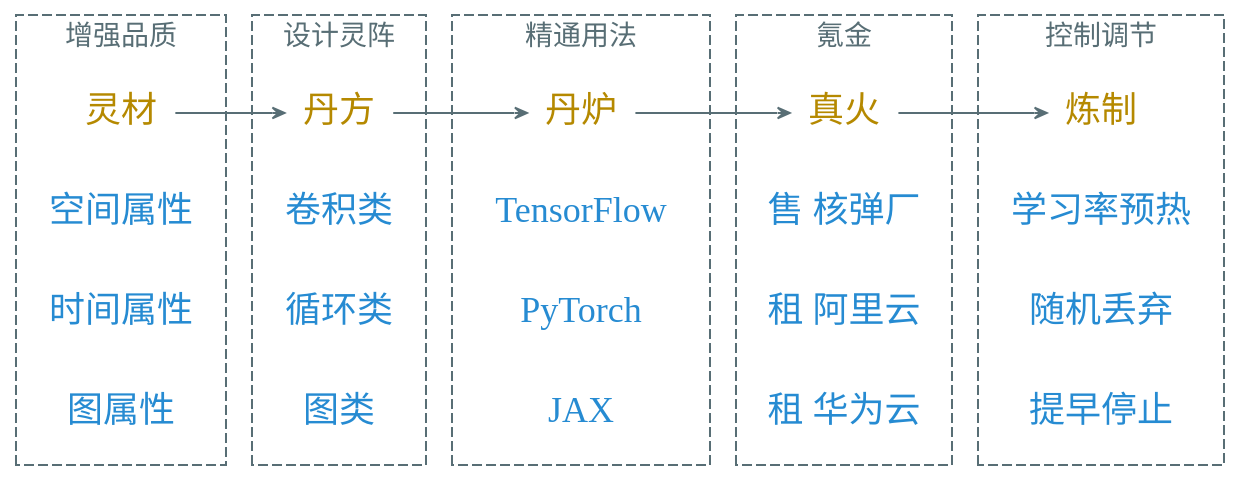
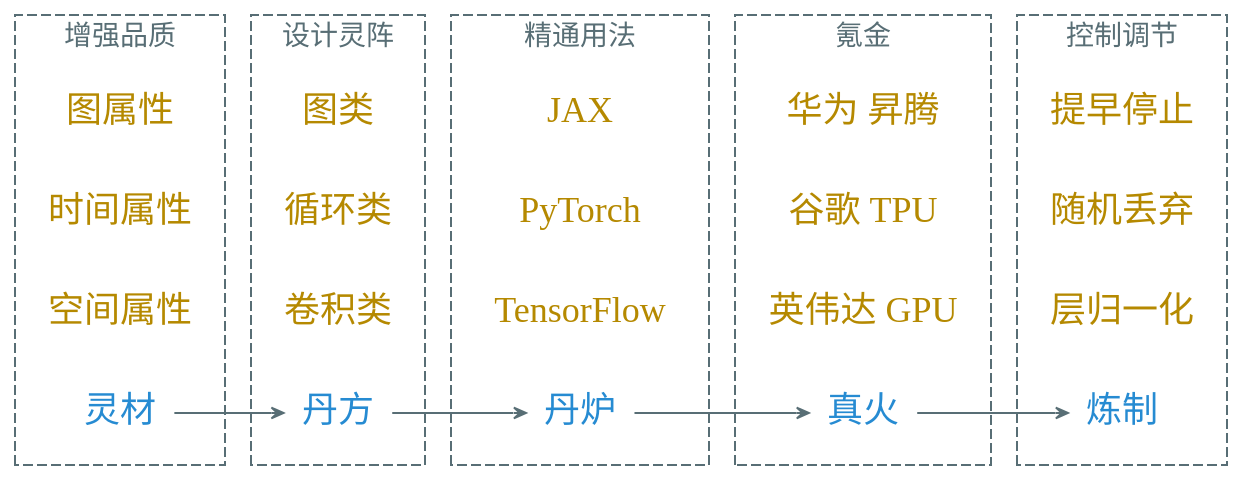
One commit to Avanti1980/course-ml changed the diagram in dot/alchemy.dot. Above: the diagram before and after it, drawn with Graphviz. The commit also changed 4 other files, not shown here.

```diff
--- a/dot/alchemy.dot
+++ b/dot/alchemy.dot
@@ -1,79 +1,79 @@
 digraph g {
     bgcolor=transparent
     graph [nodesep=0.2, ranksep=0.4]
     rankdir=LR
     node [shape=plaintext, color="#586e75", fontname="Ysabeau, LXGWSong", fontcolor="#b58900", fontsize=18]
     edge [arrowhead=vee, color="#586e75", fontname="Ysabeau, LXGWSong", fontcolor="#268bd2", fontsize=14, arrowsize=0.6]
 
     subgraph cluster_1 {
         color="#586e75"
         fontcolor="#586e75"
         style="dashed"
         fontname="Ysabeau, LXGWSong"
         label="增强品质"
 
-        灵材
+        图属性 时间属性 空间属性
 
         node [fontcolor="#268bd2"]
 
-        空间属性 时间属性 图属性
+        灵材
     }
 
     subgraph cluster_2 {
         color="#586e75"
         fontcolor="#586e75"
         style="dashed"
         fontname="Ysabeau, LXGWSong"
         label="设计灵阵"
 
-        丹方
+        图类 循环类 卷积类
 
         node [fontcolor="#268bd2"]
 
-        卷积类 循环类 图类
+        丹方
     }
 
     subgraph cluster_3 {
         color="#586e75"
         fontcolor="#586e75"
         style="dashed"
         fontname="Ysabeau, LXGWSong"
         label="精通用法"
 
-        丹炉
+        JAX PyTorch TensorFlow
 
         node [fontcolor="#268bd2"]
 
-        TensorFlow PyTorch JAX
+        丹炉
     }
 
     subgraph cluster_4 {
         color="#586e75"
         fontcolor="#586e75"
         style="dashed"
         fontname="Ysabeau, LXGWSong"
         label="氪金"
 
-        真火
+        "华为 昇腾" "谷歌 TPU" "英伟达 GPU"
 
         node [fontcolor="#268bd2"]
 
-        "售 核弹厂" "租 阿里云" "租 华为云"
+        真火
     }
 
     subgraph cluster_5 {
         color="#586e75"
         fontcolor="#586e75"
         style="dashed"
         fontname="Ysabeau, LXGWSong"
         label="控制调节"
 
-        炼制
+        提早停止 随机丢弃 层归一化
 
         node [fontcolor="#268bd2"]
 
-        学习率预热 随机丢弃 提早停止
+        炼制
     }
 
     灵材 -> 丹方 -> 丹炉 -> 真火 -> 炼制
 }
```
